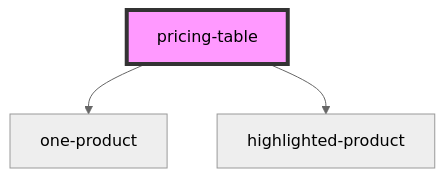
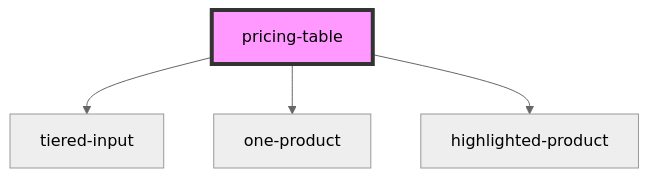
One commit to prysmex/simple-stencil-stripe-subscriptions changed the diagram in src/components/pricing-table/readme.md. Above: the diagram before and after it, drawn with Mermaid (neutral theme). The commit also changed other lines of this file and 13 other files, not shown here.

Commit message:
implement tiered pricing and currency selector, as mvp.

````diff
--- a/src/components/pricing-table/readme.md
+++ b/src/components/pricing-table/readme.md
@@ -26,6 +27,7 @@
 ```mermaid
 graph TD;
+  pricing-table --> tiered-input
   pricing-table --> one-product
   pricing-table --> highlighted-product
   style pricing-table fill:#f9f,stroke:#333,stroke-width:4px
 ```
````
